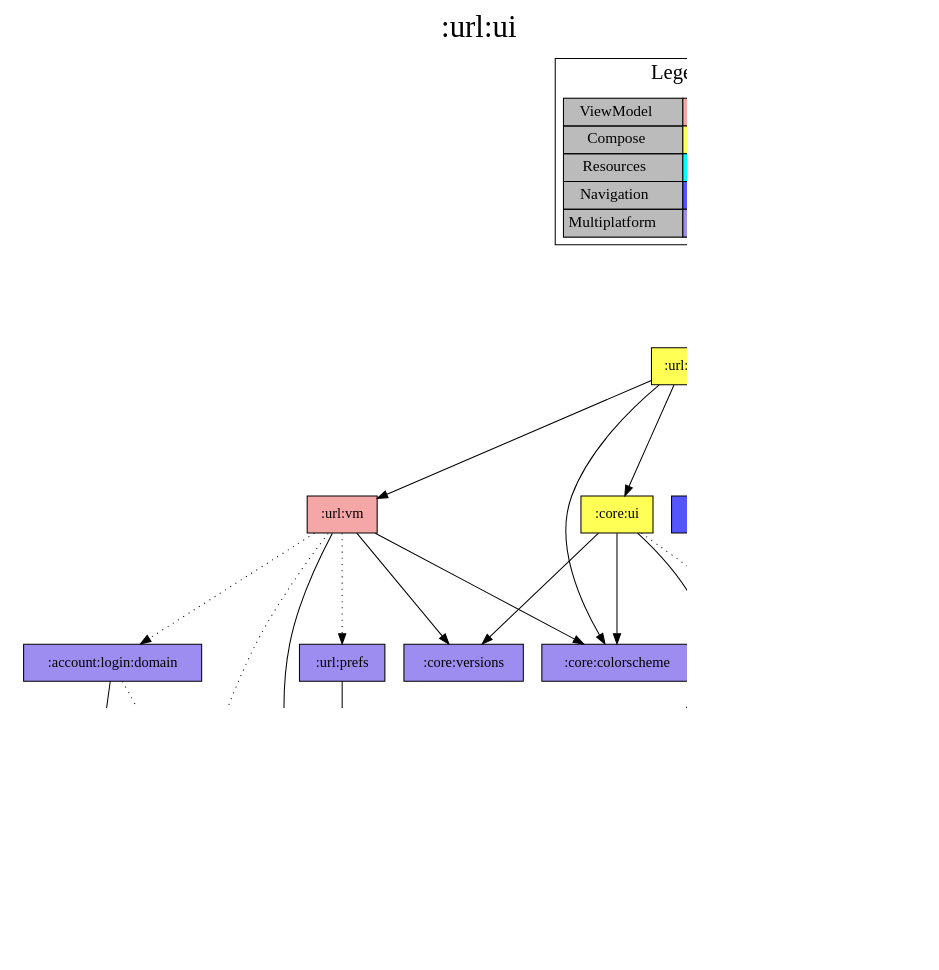
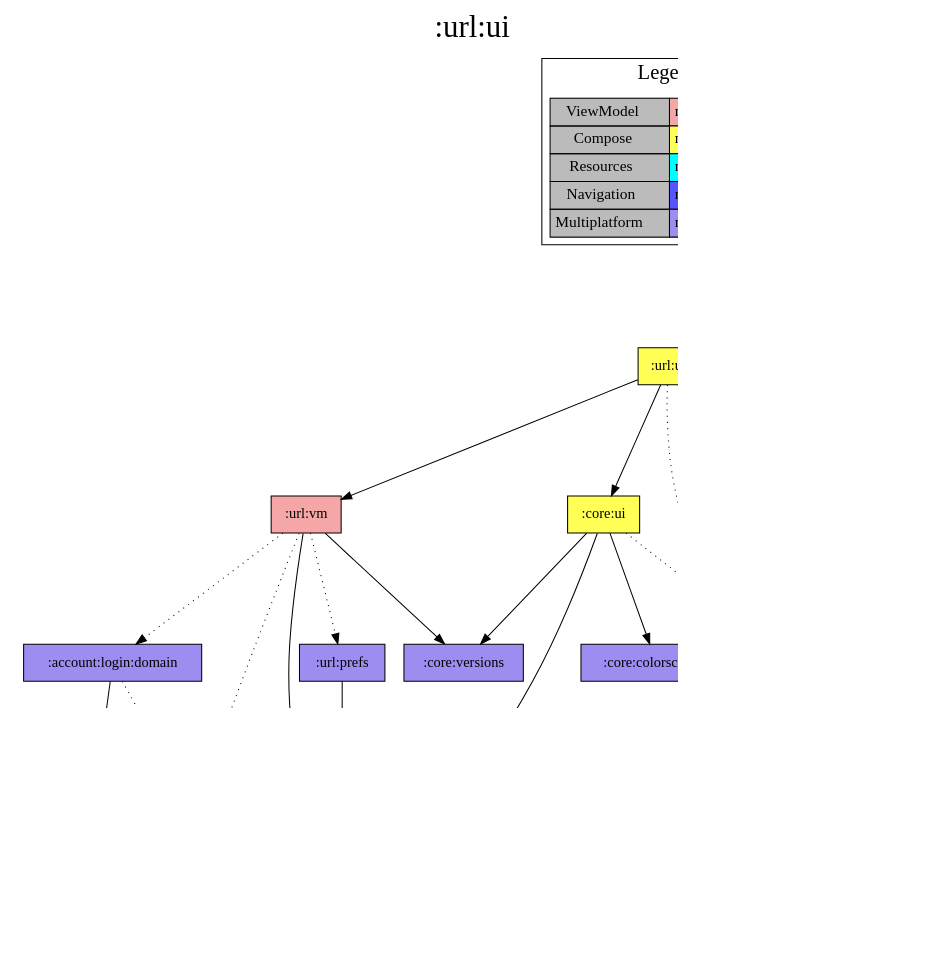
The diagram in modules/url/ui/project-dependency-graph.dot (jonapoul/aktual), drawn with Graphviz before and after one commit. The commit also changed 46 other files, not shown here.

```diff
--- a/modules/url/ui/project-dependency-graph.dot
+++ b/modules/url/ui/project-dependency-graph.dot
@@ -1,58 +1,56 @@
 digraph {
 edge ["dir"="forward"]
 graph ["dpi"="100","label"=":url:ui","labelloc"="t","fontsize"="30","ranksep"="1.5","rankdir"="TB"]
 node ["style"="filled"]
 ":account:login:domain" ["fillcolor"="#9D8DF1","shape"="box"]
 ":account:login:nav" ["fillcolor"="#5555FF","shape"="box"]
 ":account:model" ["fillcolor"="#9D8DF1","shape"="box"]
 ":api:actual" ["fillcolor"="#9D8DF1","shape"="box"]
 ":budget:model" ["fillcolor"="#9D8DF1","shape"="box"]
 ":core:colorscheme" ["fillcolor"="#9D8DF1","shape"="box"]
 ":core:res" ["fillcolor"="#00FFFF","shape"="box"]
 ":core:ui" ["fillcolor"="#FFFF55","shape"="box"]
 ":core:versions" ["fillcolor"="#9D8DF1","shape"="box"]
 ":url:model" ["fillcolor"="#9D8DF1","shape"="box"]
 ":url:prefs" ["fillcolor"="#9D8DF1","shape"="box"]
 ":url:res" ["fillcolor"="#00FFFF","shape"="box"]
 ":url:ui" ["fillcolor"="#FFFF55","shape"="box"]
 ":url:vm" ["fillcolor"="#F5A6A6","shape"="box"]
 {
 edge ["dir"="none"]
 graph ["rank"="same"]
 }
 ":account:login:domain" -> ":account:model"
 ":account:login:domain" -> ":api:actual" ["style"="dotted"]
 ":api:actual" -> ":account:model"
 ":api:actual" -> ":budget:model"
 ":api:actual" -> ":url:model"
 ":core:ui" -> ":core:colorscheme"
 ":core:ui" -> ":core:res" ["style"="dotted"]
 ":core:ui" -> ":core:versions"
 ":core:ui" -> ":url:model"
 ":url:prefs" -> ":url:model"
 ":url:ui" -> ":account:login:nav" ["style"="dotted"]
-":url:ui" -> ":core:colorscheme"
 ":url:ui" -> ":core:res" ["style"="dotted"]
 ":url:ui" -> ":core:ui"
 ":url:ui" -> ":url:res" ["style"="dotted"]
 ":url:ui" -> ":url:vm"
 ":url:vm" -> ":account:login:domain" ["style"="dotted"]
 ":url:vm" -> ":api:actual" ["style"="dotted"]
-":url:vm" -> ":core:colorscheme"
 ":url:vm" -> ":core:versions"
 ":url:vm" -> ":url:model"
 ":url:vm" -> ":url:prefs" ["style"="dotted"]
 subgraph "cluster_legend" {
 edge ["dir"="none"]
 graph ["label"="Legend","fontsize"="20"]
 "Legend" ["style"="filled","fillcolor"="#bbbbbb","shape"="none","margin"="0","fontsize"="15","label"=<
 <TABLE BORDER="0" CELLBORDER="1" CELLSPACING="0" CELLPADDING="4">
 <TR><TD>ViewModel</TD><TD BGCOLOR="#F5A6A6">module-name</TD></TR>
 <TR><TD>Compose</TD><TD BGCOLOR="#FFFF55">module-name</TD></TR>
 <TR><TD>Resources</TD><TD BGCOLOR="#00FFFF">module-name</TD></TR>
 <TR><TD>Navigation</TD><TD BGCOLOR="#5555FF">module-name</TD></TR>
 <TR><TD>Multiplatform</TD><TD BGCOLOR="#9D8DF1">module-name</TD></TR>
 </TABLE>
 >]
 } -> ":url:ui" ["style"="invis"]
 }
```
